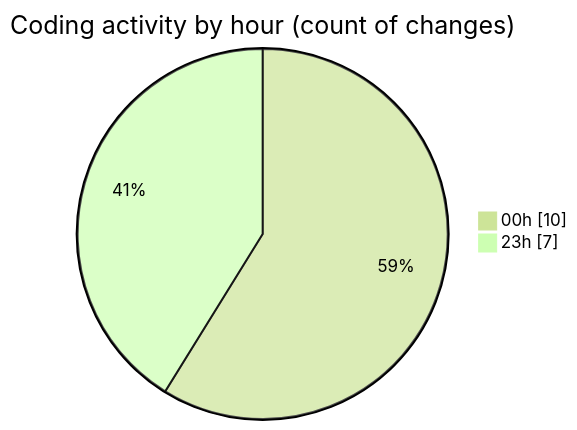
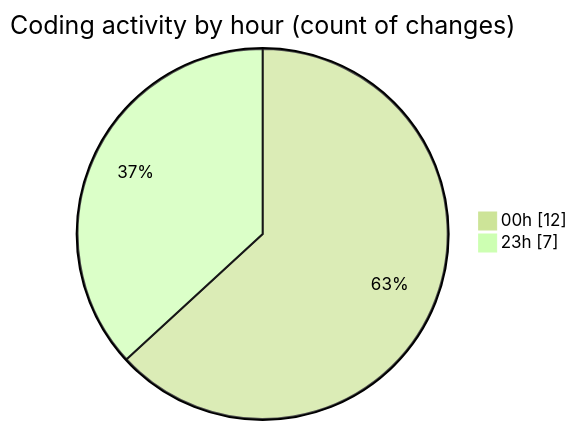
The second of 2 diagrams in 2025-05-28/elitesun/README.md (Elitesun/code-tracking), drawn with Mermaid (forest theme) before and after one commit. The commit also changed other lines of this file and 1 other file, not shown here.

````diff
--- a/2025-05-28/elitesun/README.md
+++ b/2025-05-28/elitesun/README.md
@@ -39,6 +40,6 @@
 ```mermaid
 pie showData
 title Coding activity by hour (count of changes)
-"00h" : 10
+"00h" : 12
 "23h" : 7
 ```
````
